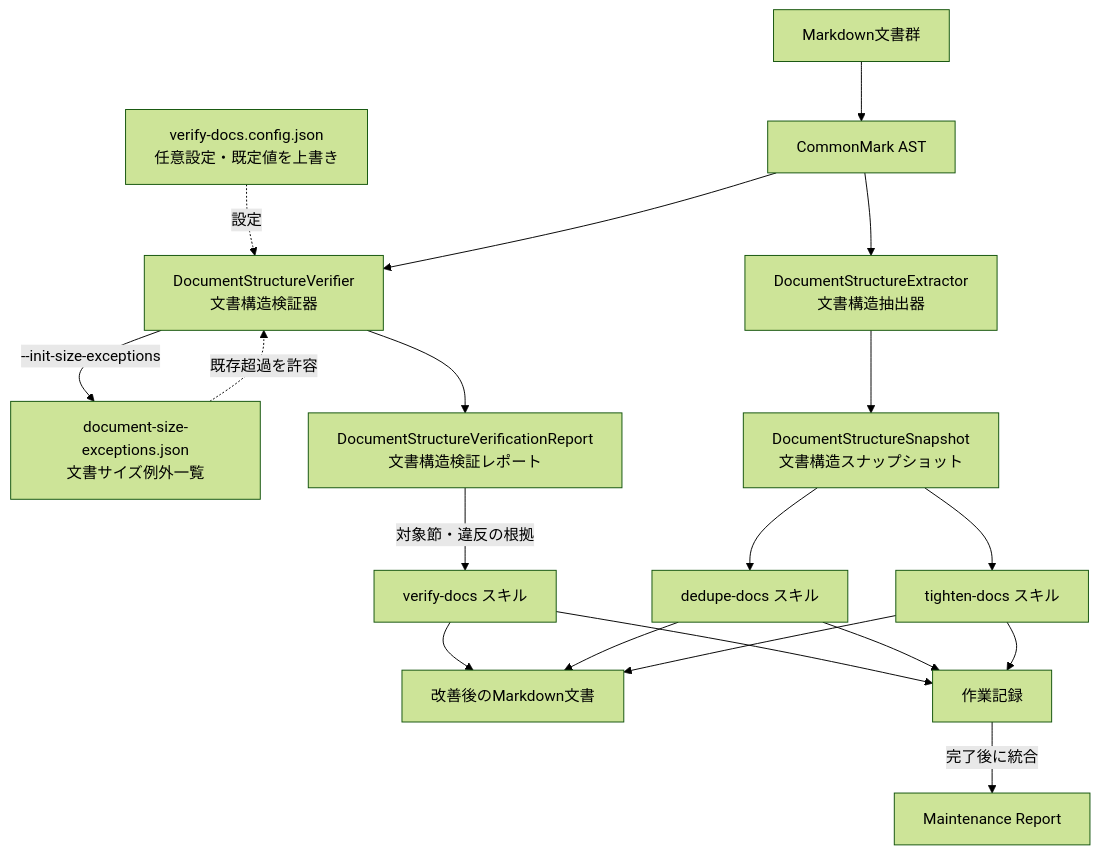
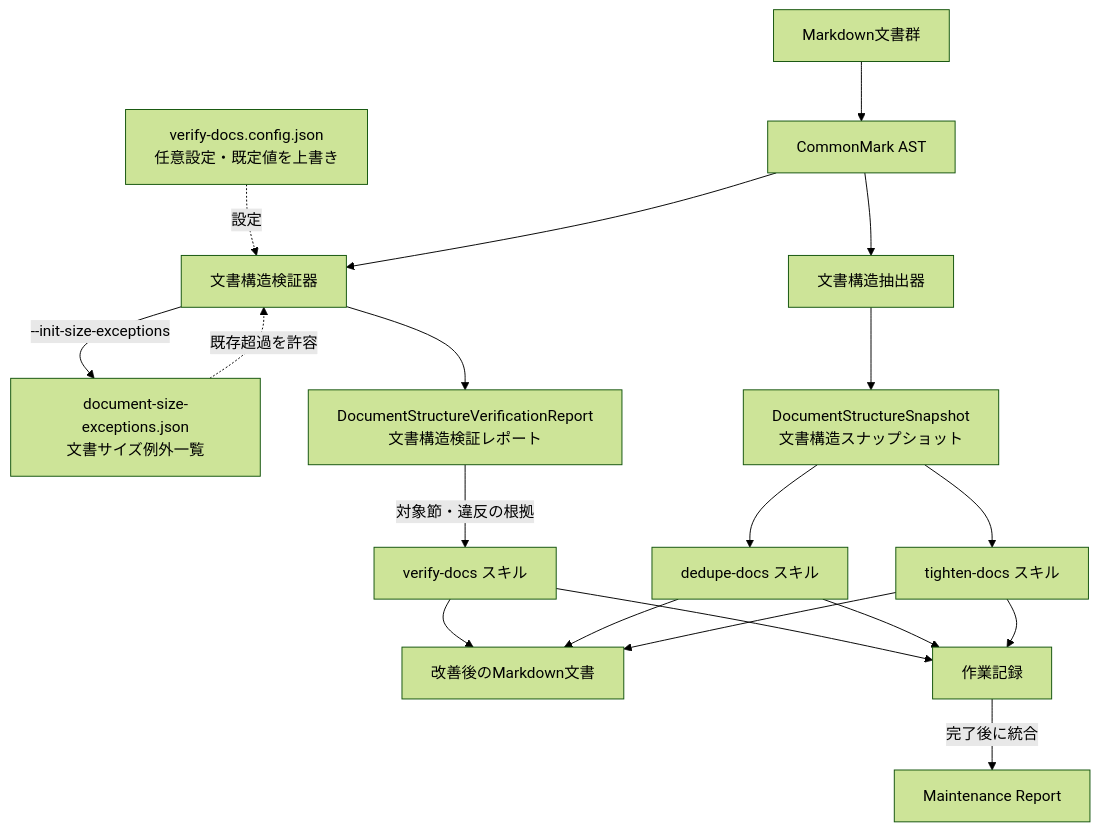
One commit to MichinaoShimizu/claude-kit changed the diagram in packages/verify-docs/README.md. Above: the diagram before and after it, drawn with Mermaid (forest theme). The commit also changed other lines of this file and 9 other files, not shown here.

````diff
--- a/packages/verify-docs/README.md
+++ b/packages/verify-docs/README.md
@@ -80,37 +80,37 @@
 ```mermaid
 flowchart TD
     Docs[Markdown文書群]
     Config[verify-docs.config.json<br/>任意設定・既定値を上書き]
     SizeExceptions[document-size-exceptions.json<br/>文書サイズ例外一覧]
     AST[CommonMark AST]
-    DocumentStructureVerifier[DocumentStructureVerifier<br/>文書構造検証器]
+    DocumentStructureVerifier[文書構造検証器]
     VerificationReport[DocumentStructureVerificationReport<br/>文書構造検証レポート]
-    DocumentStructureExtractor[DocumentStructureExtractor<br/>文書構造抽出器]
+    DocumentStructureExtractor[文書構造抽出器]
     StructureSnapshot[DocumentStructureSnapshot<br/>文書構造スナップショット]
     VerifySkill[verify-docs スキル]
     Dedupe[dedupe-docs スキル]
     Tighten[tighten-docs スキル]
     UpdatedDocs[改善後のMarkdown文書]
     WorkRecords[作業記録]
     MaintenanceReport[Maintenance Report]
 
     Docs --> AST
     Config -.設定.-> DocumentStructureVerifier
     SizeExceptions -.既存超過を許容.-> DocumentStructureVerifier
     AST --> DocumentStructureVerifier
     DocumentStructureVerifier --> VerificationReport
     DocumentStructureVerifier -->|--init-size-exceptions| SizeExceptions
     VerificationReport -->|対象節・違反の根拠| VerifySkill
     VerifySkill --> WorkRecords
     VerifySkill --> UpdatedDocs
 
     AST --> DocumentStructureExtractor
     DocumentStructureExtractor --> StructureSnapshot
     StructureSnapshot --> Dedupe
     StructureSnapshot --> Tighten
     Dedupe --> WorkRecords
     Tighten --> WorkRecords
     WorkRecords -->|完了後に統合| MaintenanceReport
     Dedupe --> UpdatedDocs
     Tighten --> UpdatedDocs
 ```
````
